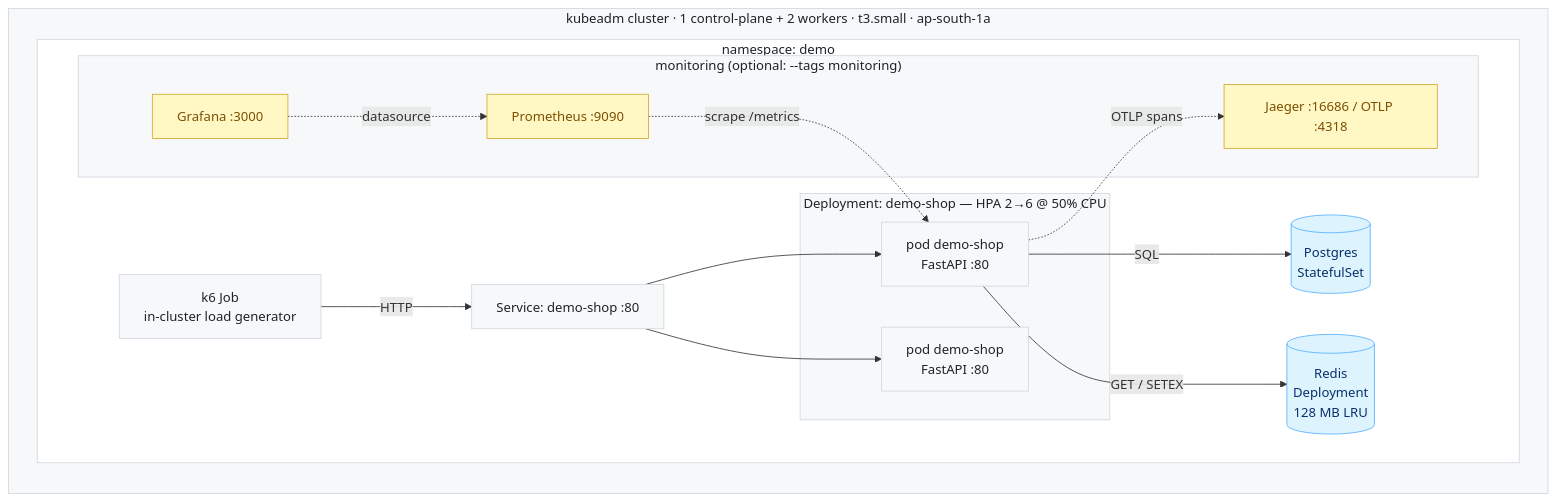
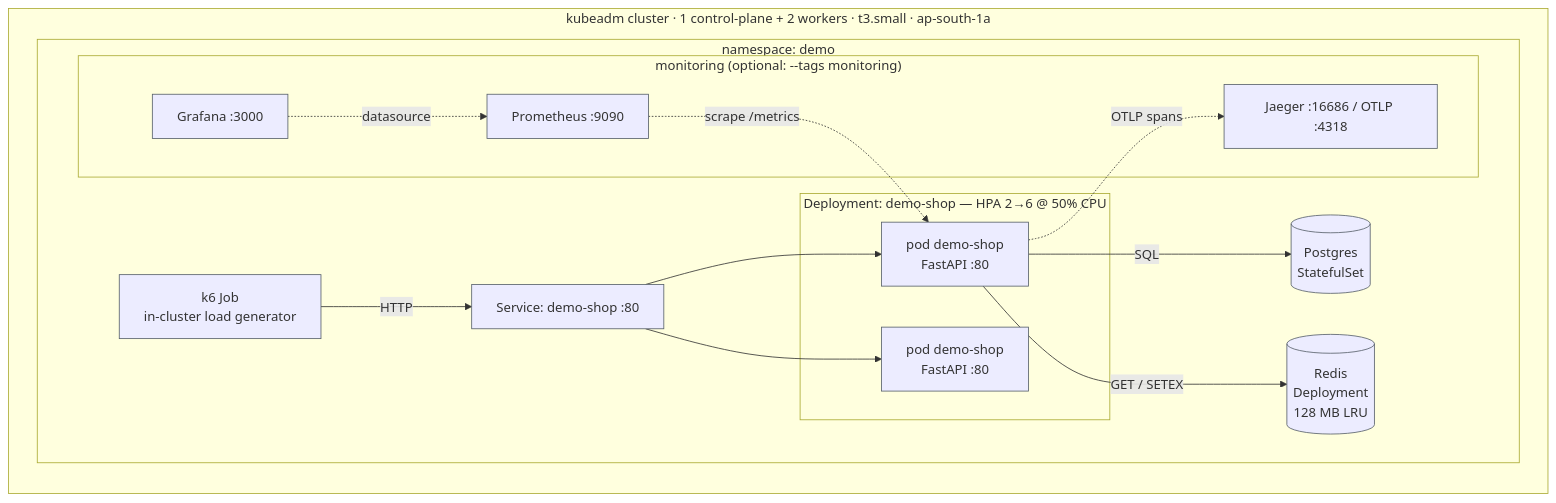
The third of 8 diagrams in README.md (Ansh-dhanani/Distributed-system-load-analysis), drawn with Mermaid before and after one commit. The commit also changed other lines of this file, not shown here.

First line of the commit message:
docs: restore previous mermaid styling, darken node borders

````diff
--- a/README.md
+++ b/README.md
@@ -88,45 +83,36 @@
 ```mermaid
 flowchart TB
     subgraph LAB["kubeadm cluster · 1 control-plane + 2 workers · t3.small · ap-south-1a"]
         direction TB
 
         subgraph NS["namespace: demo"]
             K6["k6 Job<br/>in-cluster load generator"]
 
             SVC["Service: demo-shop :80"]
 
             subgraph APPS["Deployment: demo-shop — HPA 2→6 @ 50% CPU"]
                 A1["pod demo-shop<br/>FastAPI :80"]
                 A2["pod demo-shop<br/>FastAPI :80"]
             end
 
             PG[("Postgres<br/>StatefulSet")]
             RD[("Redis<br/>Deployment<br/>128 MB LRU")]
 
             subgraph OBS["monitoring (optional: --tags monitoring)"]
                 PROM["Prometheus :9090"]
                 GRAF["Grafana :3000"]
                 JAEG["Jaeger :16686 / OTLP :4318"]
             end
         end
     end
 
     K6 -->|"HTTP"| SVC
     SVC --> A1
     SVC --> A2
     A1 -->|"SQL"| PG
     A1 -->|"GET / SETEX"| RD
     A1 -.->|"OTLP spans"| JAEG
     PROM -.->|"scrape /metrics"| A1
     GRAF -.->|"datasource"| PROM
-
-    classDef default fill:#f6f8fa,stroke:#d0d7de,color:#1f2328;
-    classDef data fill:#ddf4ff,stroke:#54aeff,color:#0a3069;
-    classDef obs  fill:#fff8c5,stroke:#d4a72c,color:#7d4e00;
-    class PG,RD data;
-    class PROM,GRAF,JAEG obs;
-    style LAB fill:#f6f8fa,stroke:#d0d7de,color:#1f2328
-    style NS fill:#ffffff,stroke:#d0d7de,color:#1f2328
-    style APPS fill:#f6f8fa,stroke:#d0d7de,color:#1f2328
-    style OBS fill:#f6f8fa,stroke:#d0d7de,color:#1f2328
+    classDef default stroke:#57606a;
 ```
````
